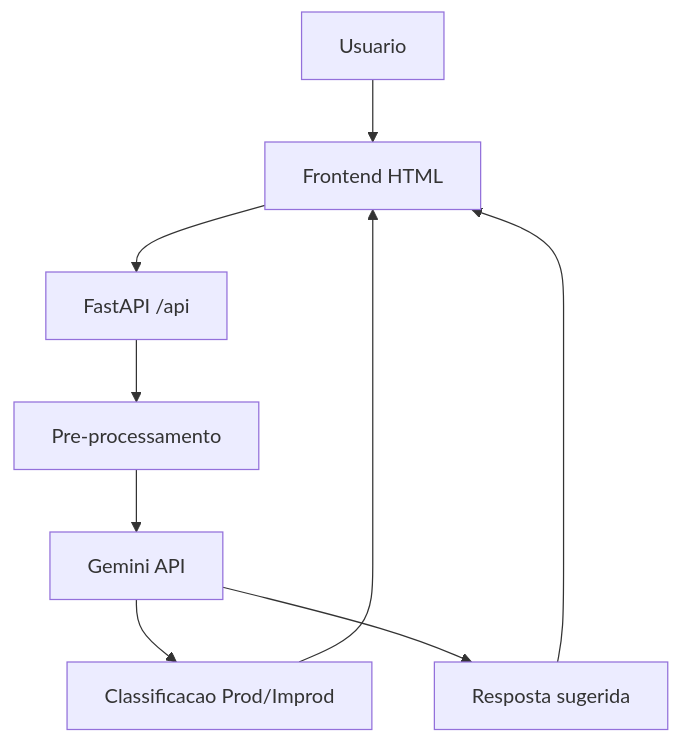
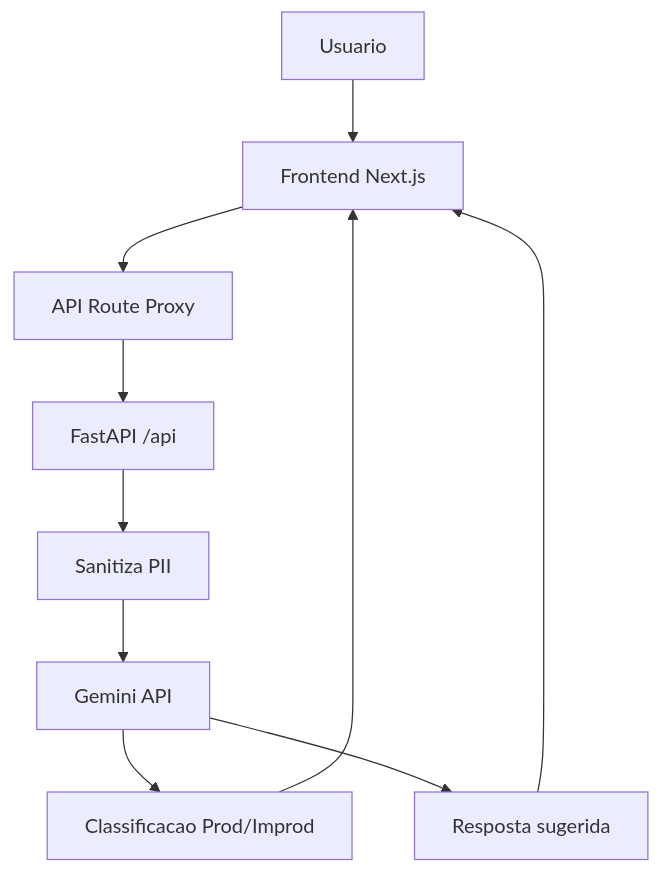
One commit to renato-saldanha/mail-check changed the diagram in PLAN.md. Above: the diagram before and after it, drawn with Mermaid. The commit also changed other lines of this file and 10 other files, not shown here.

````diff
--- a/PLAN.md
+++ b/PLAN.md
@@ -10,11 +10,12 @@
 ```mermaid
 flowchart TD
-  user[Usuario] --> ui[Frontend HTML]
-  ui --> api[FastAPI /api]
-  api --> nlp[Pre-processamento]
-  nlp --> gemini[Gemini API]
+  user[Usuario] --> ui[Frontend Next.js]
+  ui --> proxy[API Route Proxy]
+  proxy --> api[FastAPI /api]
+  api --> sanitize[Sanitiza PII]
+  sanitize --> gemini[Gemini API]
   gemini --> clf[Classificacao Prod/Improd]
   gemini --> resp[Resposta sugerida]
   clf --> ui
   resp --> ui
 ```
````
